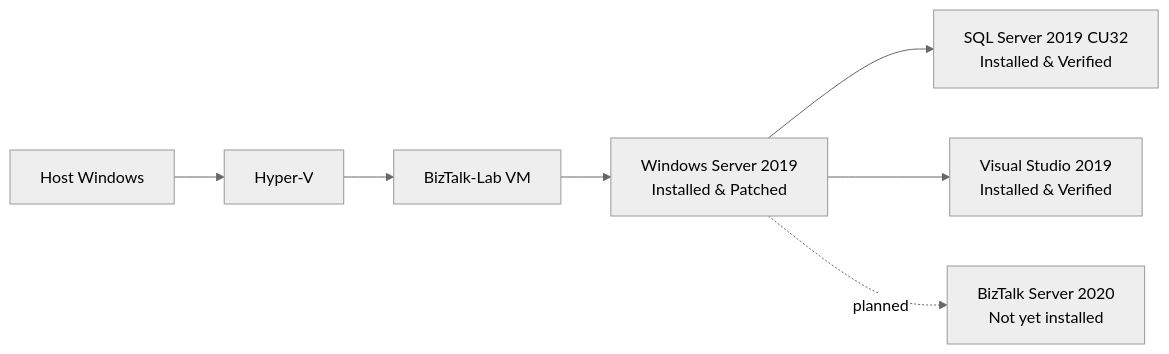
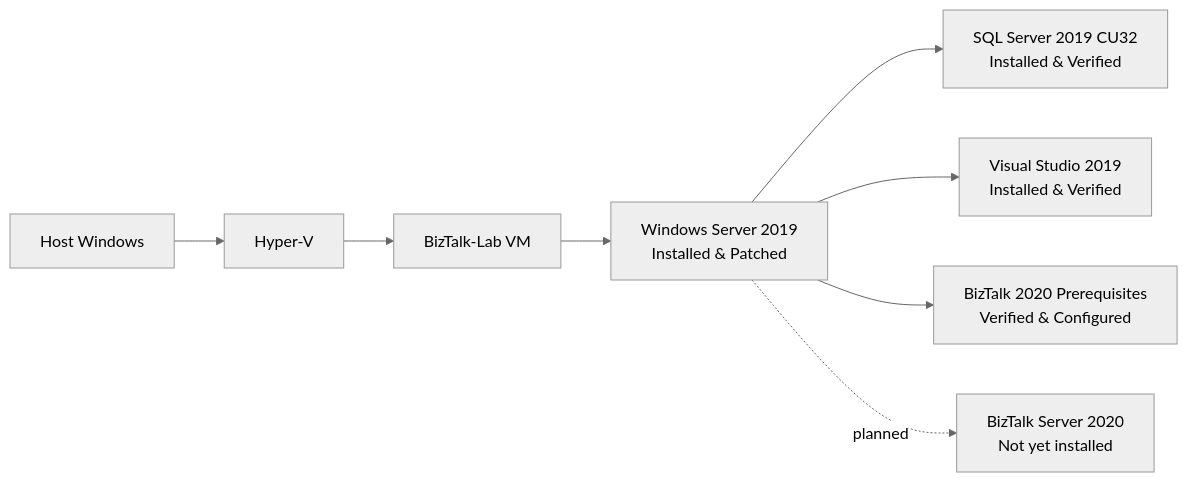
One commit to mina-mtb/biztalk-to-azure-migration-lab changed the diagram in README.md. Above: the diagram before and after it, drawn with Mermaid (neutral theme). The commit also changed other lines of this file and 4 other files, not shown here.

Commit message:
chore: verify and configure BizTalk Server 2020 prerequisites

````diff
--- a/README.md
+++ b/README.md
@@ -32,9 +32,10 @@
 ```mermaid
 flowchart LR
     Host[Host Windows] --> HyperV[Hyper-V]
     HyperV --> VM[BizTalk-Lab VM]
     VM --> OS[Windows Server 2019<br/>Installed & Patched]
     OS --> SQL[SQL Server 2019 CU32<br/>Installed & Verified]
     OS --> VS[Visual Studio 2019<br/>Installed & Verified]
+    OS --> PREREQ[BizTalk 2020 Prerequisites<br/>Verified & Configured]
     OS -. planned .-> BTS[BizTalk Server 2020<br/>Not yet installed]
 ```
````
